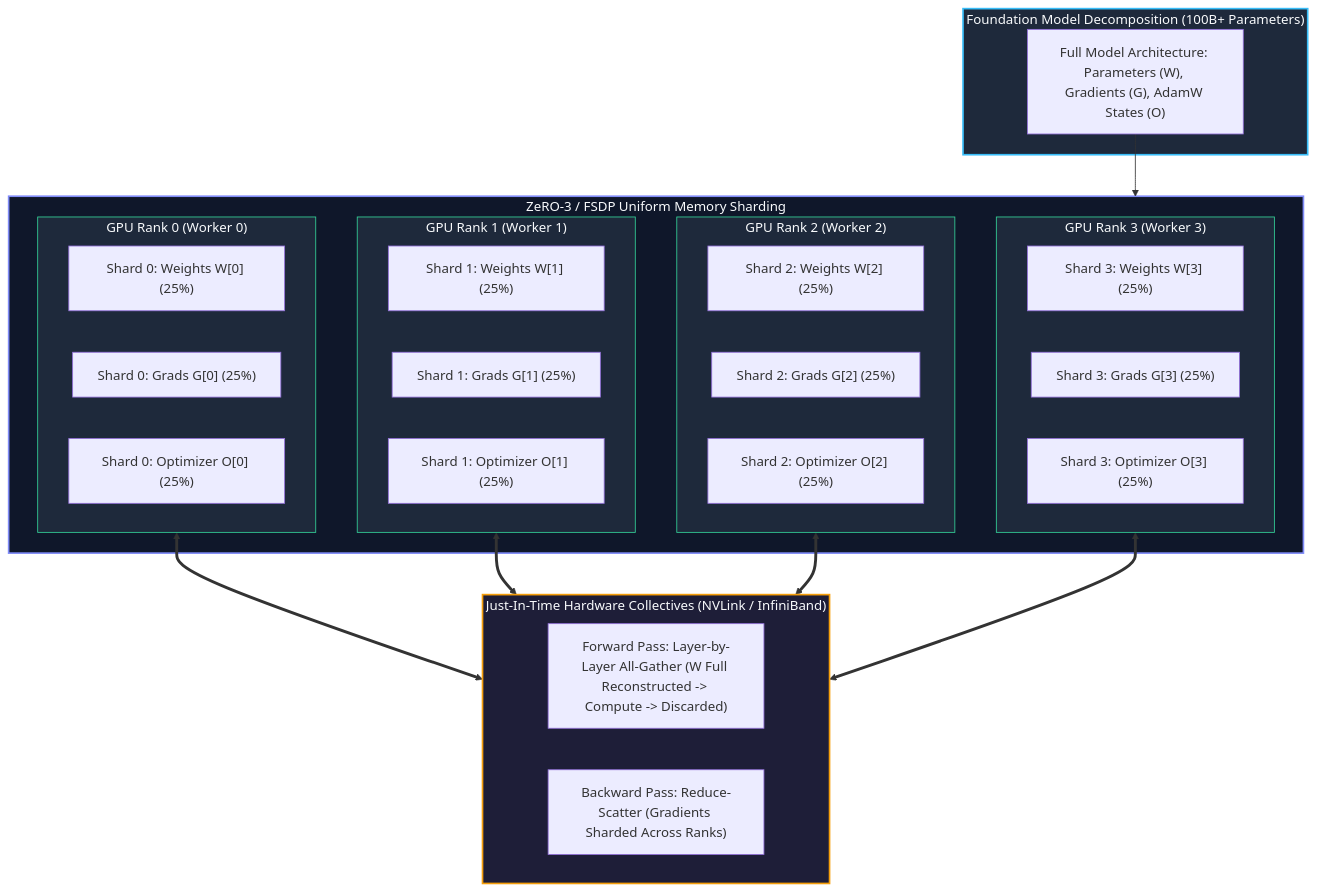
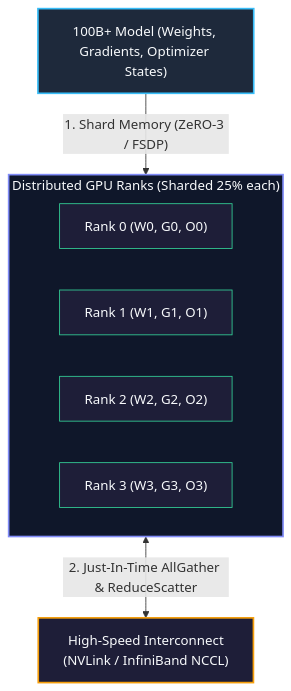
The diagram in docs/guides/16-fsdp-deepspeed.md (dnf0/raylings), drawn with Mermaid before and after one commit. The commit also changed other lines of this file and 22 other files, not shown here.

Commit message:
docs: streamline mermaid diagrams and attach conceptual walkthroughs (#26)

````diff
--- a/docs/guides/16-fsdp-deepspeed.md
+++ b/docs/guides/16-fsdp-deepspeed.md
@@ -17,51 +17,21 @@
 ```mermaid
 flowchart TD
-    subgraph ModelDecomp["Foundation Model Decomposition (100B+ Parameters)"]
-        FullModel["Full Model Architecture: Parameters (W), Gradients (G), AdamW States (O)"]
+    FullModel["100B+ Model (Weights, Gradients, Optimizer States)"] -->|"1. Shard Memory (ZeRO-3 / FSDP)"| Ranks
+    
+    subgraph Ranks["Distributed GPU Ranks (Sharded 25% each)"]
+        R0["Rank 0 (W0, G0, O0)"]
+        R1["Rank 1 (W1, G1, O1)"]
+        R2["Rank 2 (W2, G2, O2)"]
+        R3["Rank 3 (W3, G3, O3)"]
     end
 
-    subgraph ShardedGPUCluster["ZeRO-3 / FSDP Uniform Memory Sharding"]
-        subgraph Rank0["GPU Rank 0 (Worker 0)"]
-            S0_W["Shard 0: Weights W[0] (25%)"]
-            S0_G["Shard 0: Grads G[0] (25%)"]
-            S0_O["Shard 0: Optimizer O[0] (25%)"]
-        end
+    Ranks <-->|"2. Just-In-Time AllGather & ReduceScatter"| Interconnect["High-Speed Interconnect<br/>(NVLink / InfiniBand NCCL)"]
 
-        subgraph Rank1["GPU Rank 1 (Worker 1)"]
-            S1_W["Shard 1: Weights W[1] (25%)"]
-            S1_G["Shard 1: Grads G[1] (25%)"]
-            S1_O["Shard 1: Optimizer O[1] (25%)"]
-        end
-
-        subgraph Rank2["GPU Rank 2 (Worker 2)"]
-            S2_W["Shard 2: Weights W[2] (25%)"]
-            S2_G["Shard 2: Grads G[2] (25%)"]
-            S2_O["Shard 2: Optimizer O[2] (25%)"]
-        end
-
-        subgraph Rank3["GPU Rank 3 (Worker 3)"]
-            S3_W["Shard 3: Weights W[3] (25%)"]
-            S3_G["Shard 3: Grads G[3] (25%)"]
-            S3_O["Shard 3: Optimizer O[3] (25%)"]
-        end
-    end
-
-    subgraph DynamicInterconnect["Just-In-Time Hardware Collectives (NVLink / InfiniBand)"]
-        AllGather["Forward Pass: Layer-by-Layer All-Gather (W Full Reconstructed -> Compute -> Discarded)"]
-        ReduceScatter["Backward Pass: Reduce-Scatter (Gradients Sharded Across Ranks)"]
-    end
-
-    FullModel --> ShardedGPUCluster
-    Rank0 <==> DynamicInterconnect
-    Rank1 <==> DynamicInterconnect
-    Rank2 <==> DynamicInterconnect
-    Rank3 <==> DynamicInterconnect
-
-    style ModelDecomp fill:#1e293b,stroke:#38bdf8,stroke-width:2px,color:#f8fafc
-    style ShardedGPUCluster fill:#0f172a,stroke:#818cf8,stroke-width:2px,color:#f8fafc
-    style DynamicInterconnect fill:#1e1e38,stroke:#f59e0b,stroke-width:2px,color:#f8fafc
-    style Rank0 fill:#1e293b,stroke:#34d399,stroke-width:1px,color:#f8fafc
-    style Rank1 fill:#1e293b,stroke:#34d399,stroke-width:1px,color:#f8fafc
-    style Rank2 fill:#1e293b,stroke:#34d399,stroke-width:1px,color:#f8fafc
-    style Rank3 fill:#1e293b,stroke:#34d399,stroke-width:1px,color:#f8fafc
+    style FullModel fill:#1e293b,stroke:#38bdf8,stroke-width:2px,color:#f8fafc
+    style Ranks fill:#0f172a,stroke:#818cf8,stroke-width:2px,color:#f8fafc
+    style R0 fill:#1e1e38,stroke:#34d399,stroke-width:1px,color:#f8fafc
+    style R1 fill:#1e1e38,stroke:#34d399,stroke-width:1px,color:#f8fafc
+    style R2 fill:#1e1e38,stroke:#34d399,stroke-width:1px,color:#f8fafc
+    style R3 fill:#1e1e38,stroke:#34d399,stroke-width:1px,color:#f8fafc
+    style Interconnect fill:#1e1e38,stroke:#f59e0b,stroke-width:2px,color:#f8fafc
 ```
````
